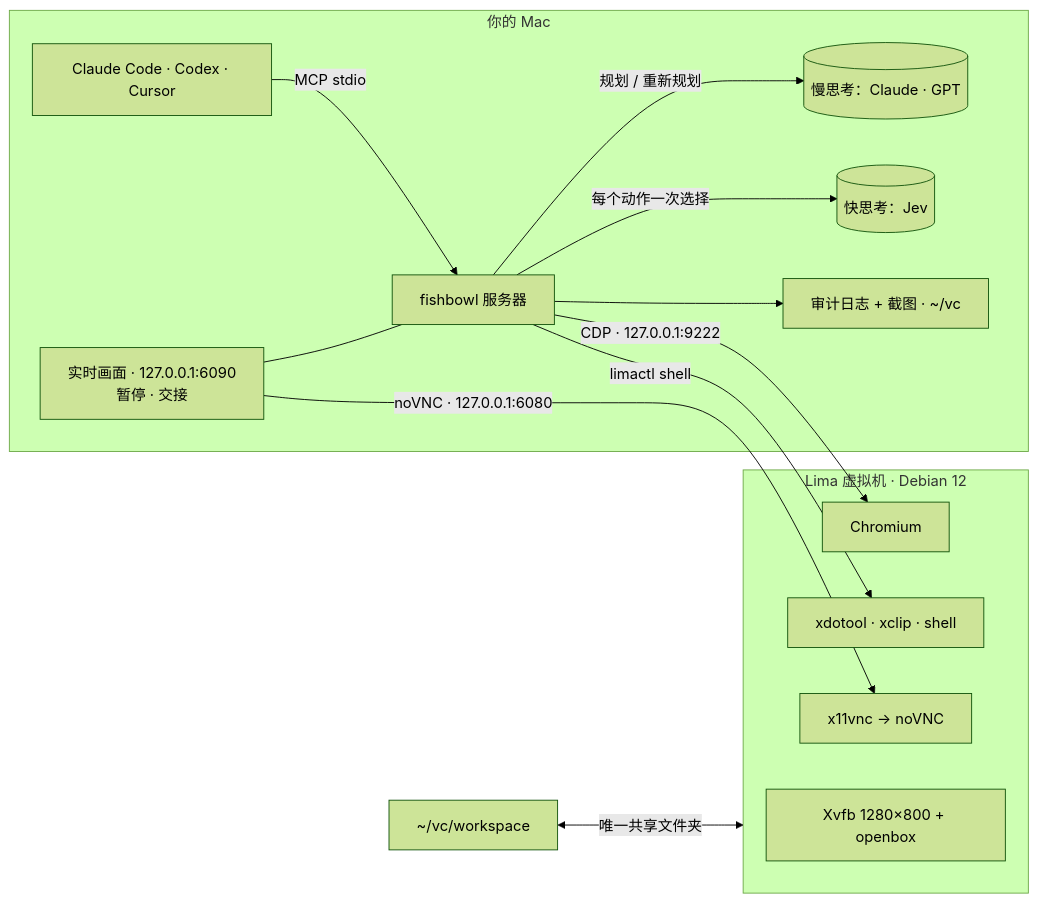
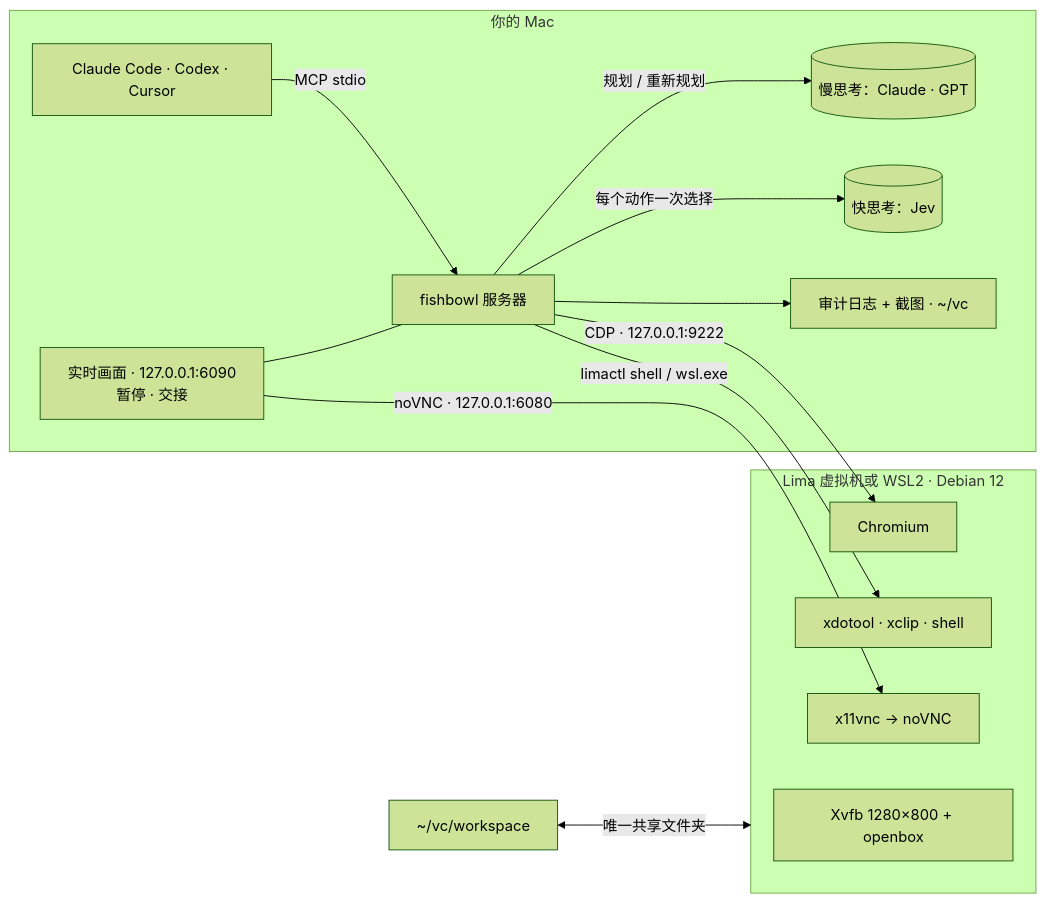
The diagram in README.zh-CN.md (ericwang915/fishbowl), drawn with Mermaid (forest theme) before and after one commit. The commit also changed other lines of this file and 7 other files, not shown here.

````diff
--- a/README.zh-CN.md
+++ b/README.zh-CN.md
@@ -279,20 +297,20 @@
 ```mermaid
 flowchart LR
   subgraph Mac["你的 Mac"]
     A["Claude Code · Codex · Cursor"] -- "MCP stdio" --> S["fishbowl 服务器"]
     S -- "规划 / 重新规划" --> P[("慢思考：Claude · GPT")]
     S -- "每个动作一次选择" --> J[("快思考：Jev")]
     S --> L["审计日志 + 截图 · ~/vc"]
     V["实时画面 · 127.0.0.1:6090<br/>暂停 · 交接"] --- S
   end
-  subgraph VM["Lima 虚拟机 · Debian 12"]
+  subgraph VM["Lima 虚拟机或 WSL2 · Debian 12"]
     X["Xvfb 1280×800 + openbox"]
     C["Chromium"]
     N["x11vnc → noVNC"]
     D["xdotool · xclip · shell"]
   end
   S -- "CDP · 127.0.0.1:9222" --> C
-  S -- "limactl shell" --> D
+  S -- "limactl shell / wsl.exe" --> D
   V -- "noVNC · 127.0.0.1:6080" --> N
   W["~/vc/workspace"] <-- "唯一共享文件夹" --> VM
 ```
````
